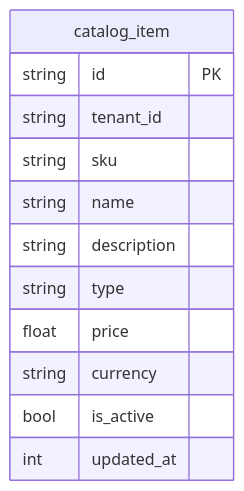
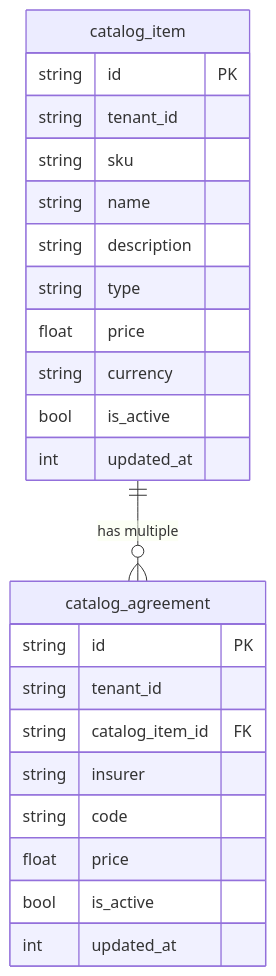
One commit to veltylabs/item_catalog changed the diagram in docs/diagrams/database.md. Above: the diagram before and after it, drawn with Mermaid. The commit also changed 9 other files, not shown here.

Commit message:
feat: migrate model.go to Kind API and add catalog_agreement child model

````diff
--- a/docs/diagrams/database.md
+++ b/docs/diagrams/database.md
@@ -3,15 +3,28 @@
 ```mermaid
 erDiagram
     catalog_item {
         string id PK
         string tenant_id
         string sku
         string name
         string description
         string type
         float price
         string currency
         bool is_active
         int updated_at
     }
+
+    catalog_agreement {
+        string id PK
+        string tenant_id
+        string catalog_item_id FK
+        string insurer
+        string code
+        float price
+        bool is_active
+        int updated_at
+    }
+
+    catalog_item ||--o{ catalog_agreement : "has multiple"
 ```
````
